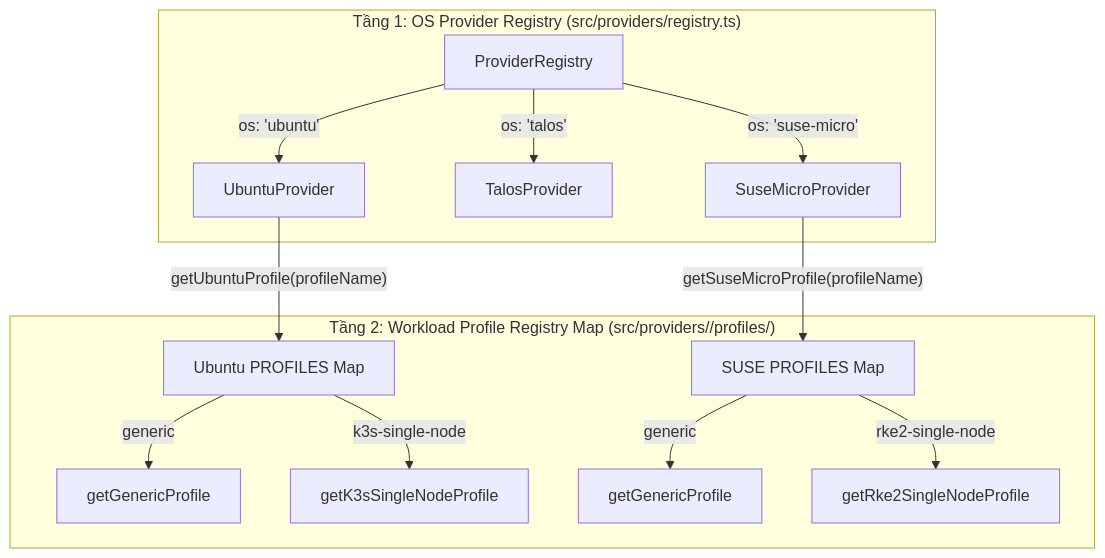
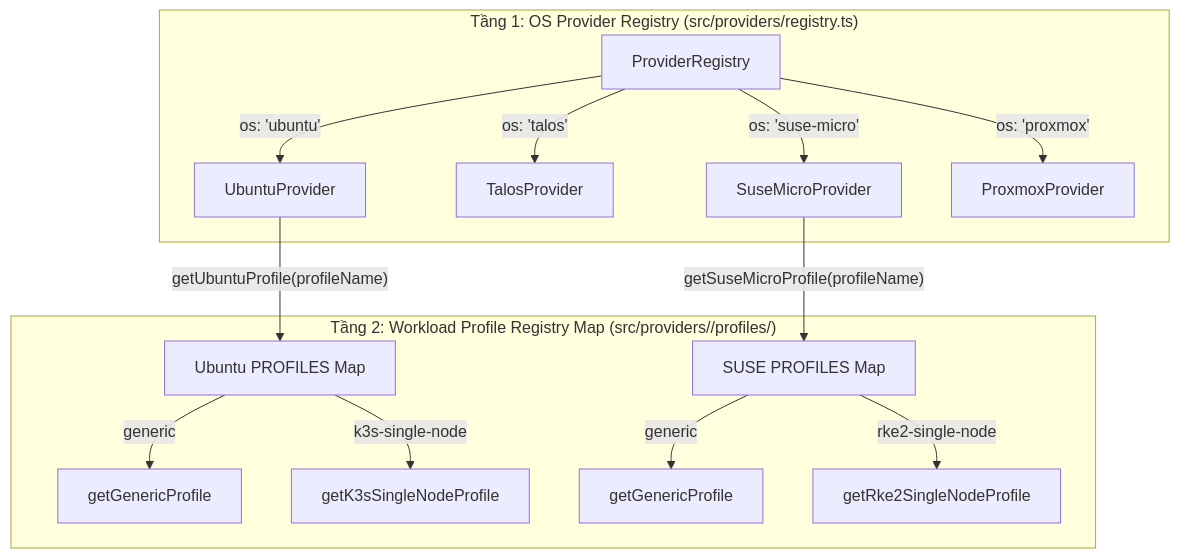
The third of 3 diagrams in docs/vi/os-engines.md (001123/lab-ipxe-os), drawn with Mermaid before and after one commit. The commit also changed other lines of this file and 19 other files, not shown here.

````diff
--- a/docs/vi/os-engines.md
+++ b/docs/vi/os-engines.md
@@ -227,19 +283,20 @@
 ```mermaid
 flowchart TD
     subgraph Tier1 ["Tầng 1: OS Provider Registry (src/providers/registry.ts)"]
         PR["ProviderRegistry"]
         PR -->|"os: 'ubuntu'"| UP["UbuntuProvider"]
         PR -->|"os: 'talos'"| TP["TalosProvider"]
         PR -->|"os: 'suse-micro'"| SP["SuseMicroProvider"]
+        PR -->|"os: 'proxmox'"| PP["ProxmoxProvider"]
     end
 
     subgraph Tier2 ["Tầng 2: Workload Profile Registry Map (src/providers/<os>/profiles/)"]
         UP -->|"getUbuntuProfile(profileName)"| U_MAP["Ubuntu PROFILES Map"]
         U_MAP -->|"generic"| UG["getGenericProfile"]
         U_MAP -->|"k3s-single-node"| UK["getK3sSingleNodeProfile"]
         
         SP -->|"getSuseMicroProfile(profileName)"| S_MAP["SUSE PROFILES Map"]
         S_MAP -->|"generic"| SG["getGenericProfile"]
         S_MAP -->|"rke2-single-node"| SR["getRke2SingleNodeProfile"]
     end
 ```
````
